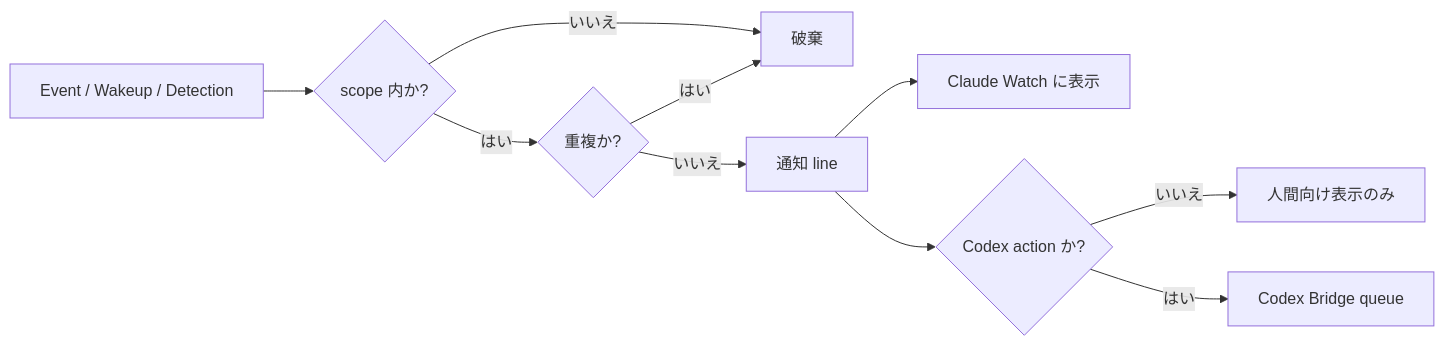
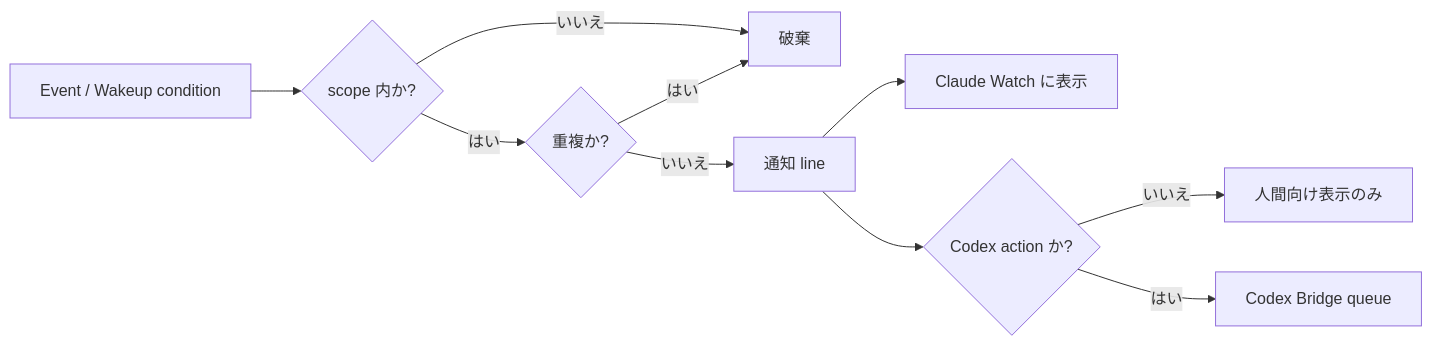
One commit to michiomochi/atct changed the second of 2 diagrams in doc/continuous-execution.md. Above: the diagram before and after it, drawn with Mermaid. The commit also changed other lines of this file and 2 other files, not shown here.

Commit message:
docs: define unified wakeup conditions

````diff
--- a/doc/continuous-execution.md
+++ b/doc/continuous-execution.md
@@ -82,12 +84,12 @@
 ```mermaid
 flowchart LR
-    N[Event / Wakeup / Detection] --> F{scope 内か?}
+    N[Event / Wakeup condition] --> F{scope 内か?}
     F -->|いいえ| X[破棄]
     F -->|はい| D{重複か?}
     D -->|はい| X
     D -->|いいえ| L[通知 line]
     L --> C[Claude Watch に表示]
     L --> A{Codex action か?}
     A -->|いいえ| H[人間向け表示のみ]
     A -->|はい| Q[Codex Bridge queue]
 ```
````
